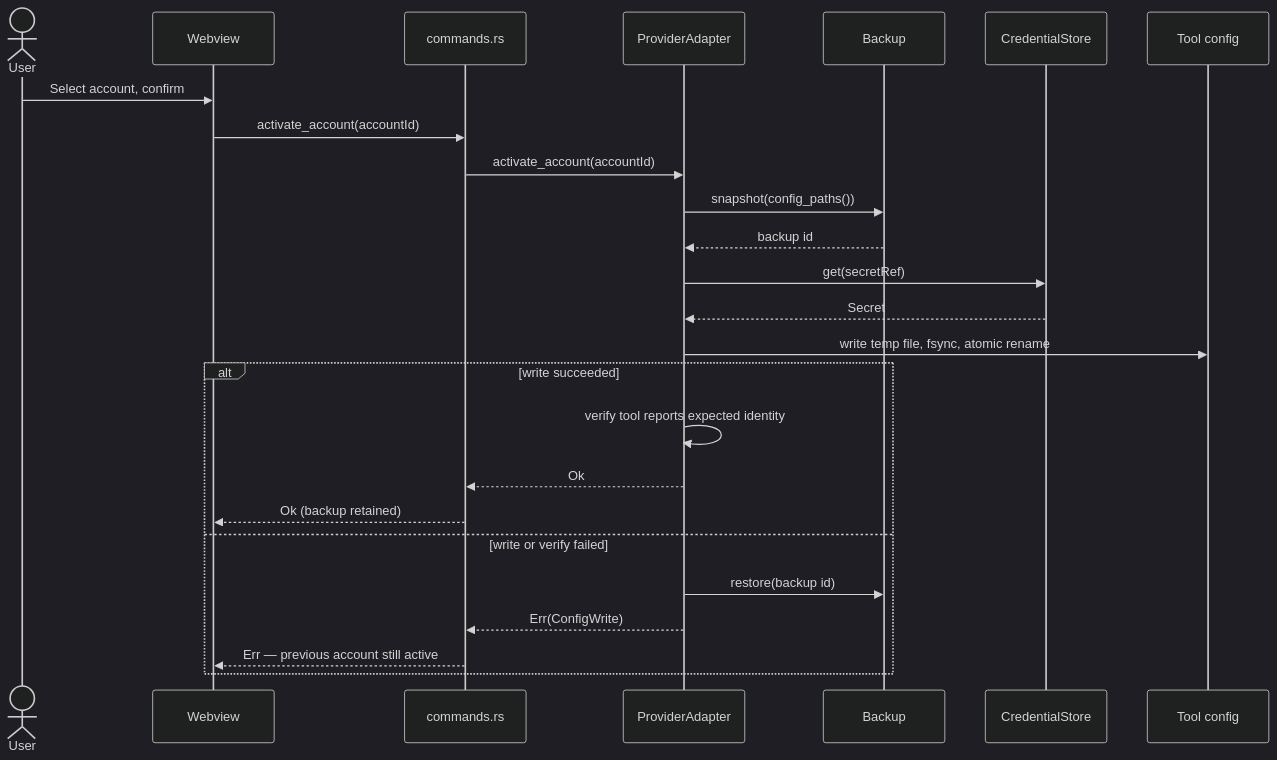
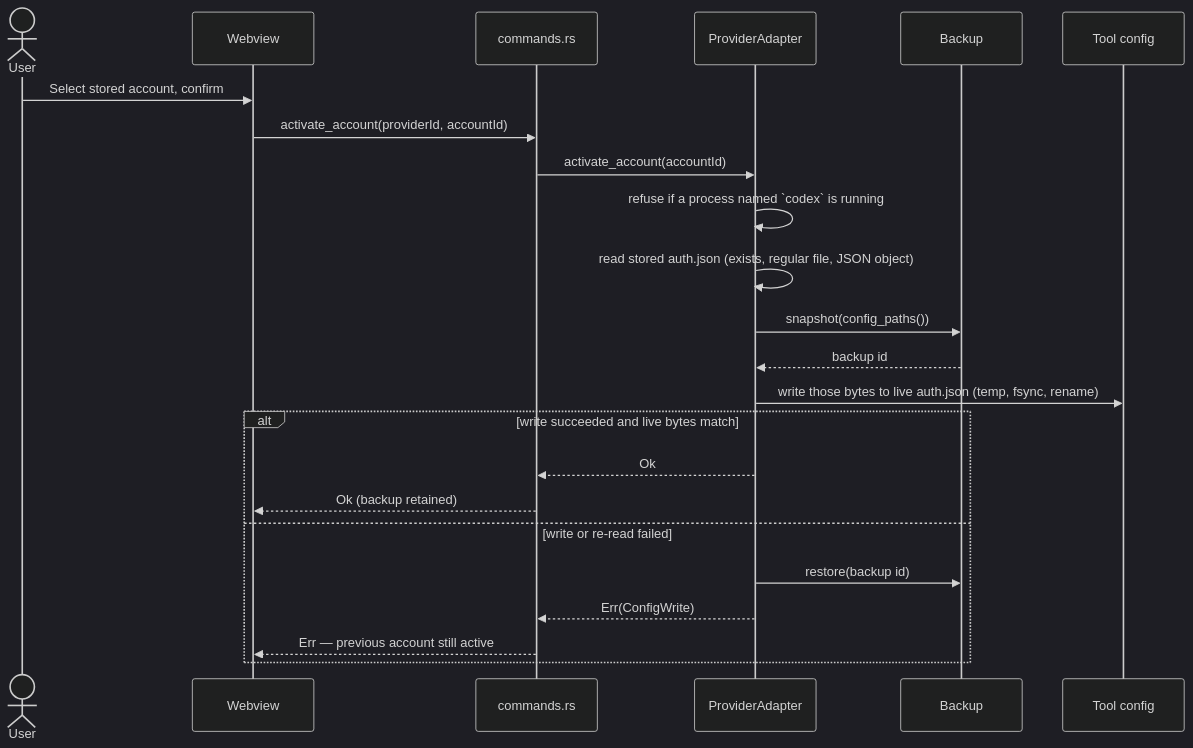
The third of 3 diagrams in docs/ARCHITECTURE.md (Meta-Develop/Coding-Agent-Manager), drawn with Mermaid (dark theme) before and after one commit. The commit also changed other lines of this file and 10 other files, not shown here.

First line of the commit message:
docs: describe Codex stored accounts and the FR-3 deviation

````diff
--- a/docs/ARCHITECTURE.md
+++ b/docs/ARCHITECTURE.md
@@ -96,28 +172,26 @@
 ```mermaid
 sequenceDiagram
   actor User
   participant UI as Webview
   participant Cmd as commands.rs
   participant Ad as ProviderAdapter
   participant Bk as Backup
-  participant St as CredentialStore
   participant Fs as Tool config
 
-  User->>UI: Select account, confirm
-  UI->>Cmd: activate_account(accountId)
+  User->>UI: Select stored account, confirm
+  UI->>Cmd: activate_account(providerId, accountId)
   Cmd->>Ad: activate_account(accountId)
+  Ad->>Ad: refuse if a process named `codex` is running
+  Ad->>Ad: read stored auth.json (exists, regular file, JSON object)
   Ad->>Bk: snapshot(config_paths())
   Bk-->>Ad: backup id
-  Ad->>St: get(secretRef)
-  St-->>Ad: Secret
-  Ad->>Fs: write temp file, fsync, atomic rename
-  alt write succeeded
-    Ad->>Ad: verify tool reports expected identity
+  Ad->>Fs: write those bytes to live auth.json (temp, fsync, rename)
+  alt write succeeded and live bytes match
     Ad-->>Cmd: Ok
     Cmd-->>UI: Ok (backup retained)
-  else write or verify failed
+  else write or re-read failed
     Ad->>Bk: restore(backup id)
     Ad-->>Cmd: Err(ConfigWrite)
     Cmd-->>UI: Err — previous account still active
   end
 ```
````
